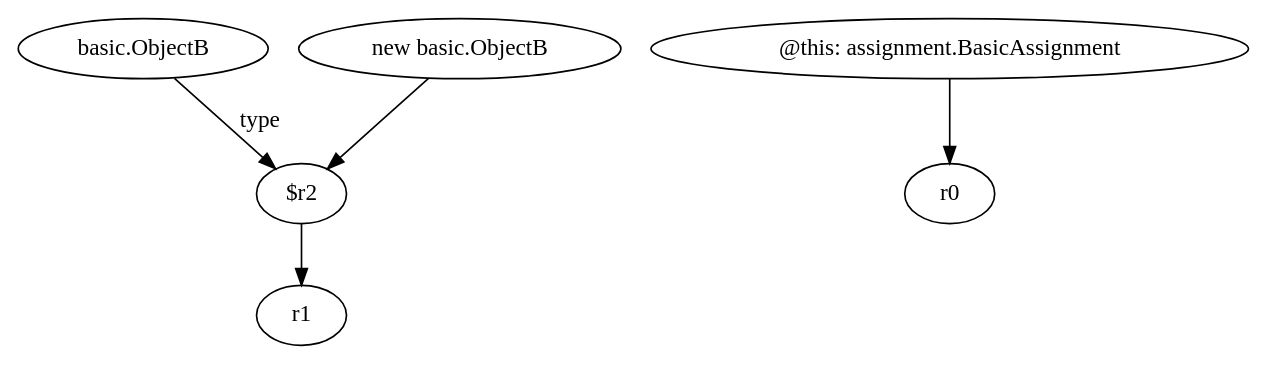
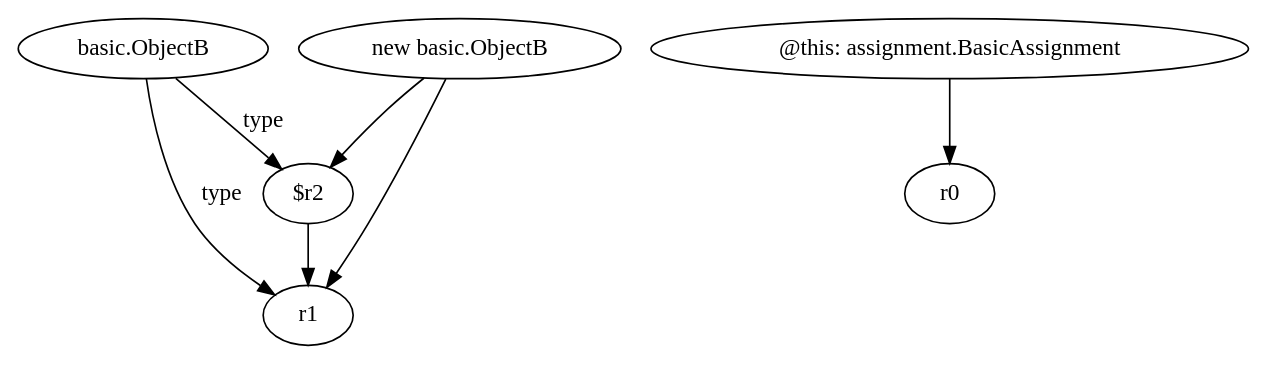
One commit to SeanCoek/zString changed the diagram in relation2/<assignment.BasicAssignment: void var2call()>.dot. Above: the diagram before and after it, drawn with Graphviz. The commit also changed 36 other files, not shown here.

```diff
--- a/relation2/<assignment.BasicAssignment: void var2call()>.dot
+++ b/relation2/<assignment.BasicAssignment: void var2call()>.dot
@@ -1,12 +1,14 @@
 digraph g {
 0[label="$r2"]
 1[label="r1"]
 0->1[label=""]
-2[label="@this: assignment.BasicAssignment"]
-3[label="r0"]
-2->3[label=""]
-4[label="basic.ObjectB"]
-4->0[label="type"]
-5[label="new basic.ObjectB"]
-5->0[label=""]
+2[label="basic.ObjectB"]
+2->0[label="type"]
+3[label="new basic.ObjectB"]
+3->1[label=""]
+2->1[label="type"]
+4[label="@this: assignment.BasicAssignment"]
+5[label="r0"]
+4->5[label=""]
+3->0[label=""]
 }
```
